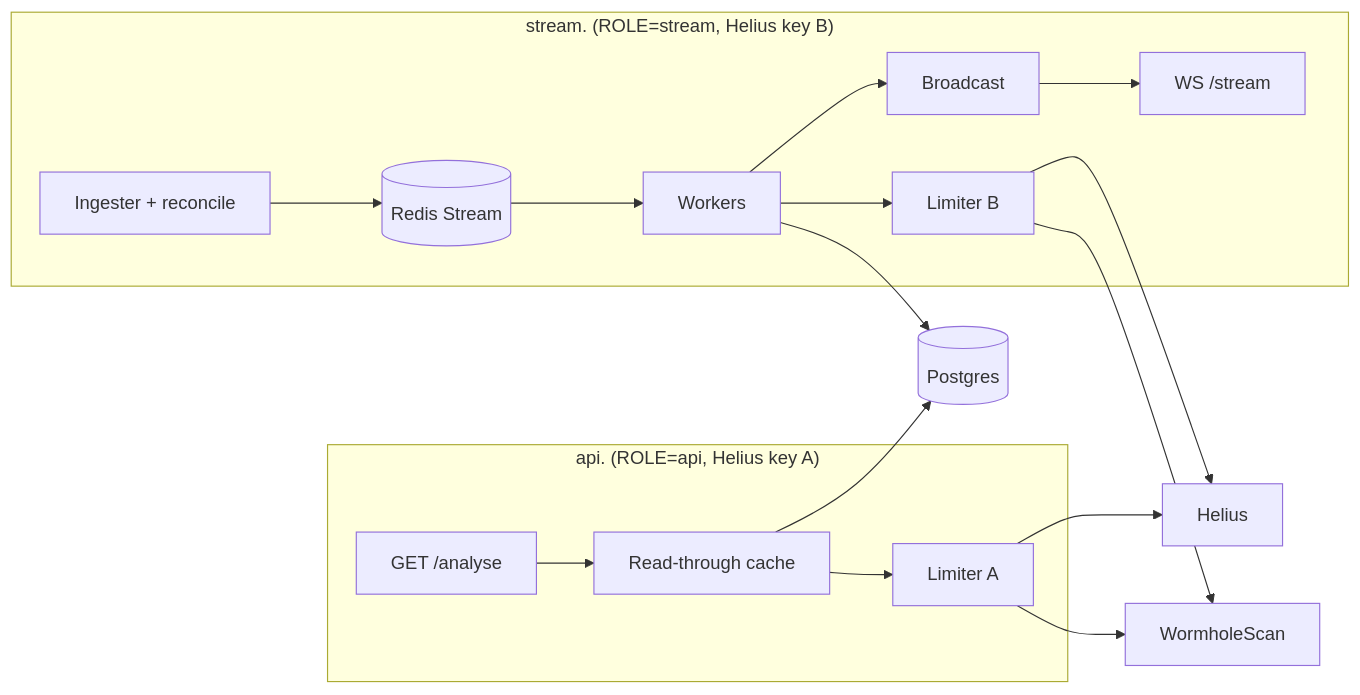
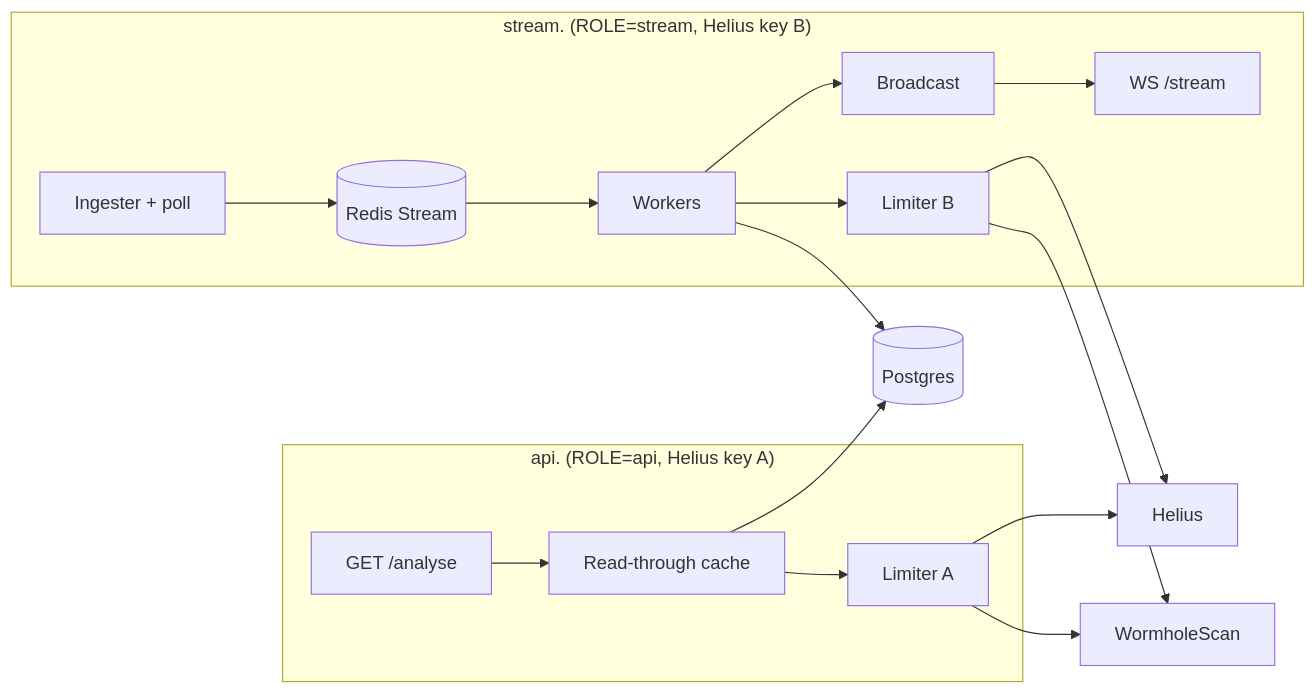
Before and after one commit to VedantShuklaaa/bridgeIndexer: the third of 4 diagrams in README.md, drawn with Mermaid. The commit also changed other lines of this file and 13 other files, not shown here.

````diff
--- a/README.md
+++ b/README.md
@@ -236,20 +236,20 @@
 ```mermaid
 flowchart LR
     subgraph api["api.<domain>  (ROLE=api, Helius key A)"]
         H1["GET /analyse"] --> RT[Read-through cache]
         RT --> LA[Limiter A]
     end
     subgraph stream["stream.<domain>  (ROLE=stream, Helius key B)"]
-        ING[Ingester + reconcile] --> RS[(Redis Stream)]
+        ING[Ingester + poll] --> RS[(Redis Stream)]
         RS --> WK[Workers]
         WK --> LB[Limiter B]
         WK --> BC[Broadcast]
         BC --> WSX["WS /stream"]
     end
     RT --> PG[(Postgres)]
     WK --> PG
     LA --> HEL[Helius]
     LB --> HEL
     LA --> WHS[WormholeScan]
     LB --> WHS
 ```
````
